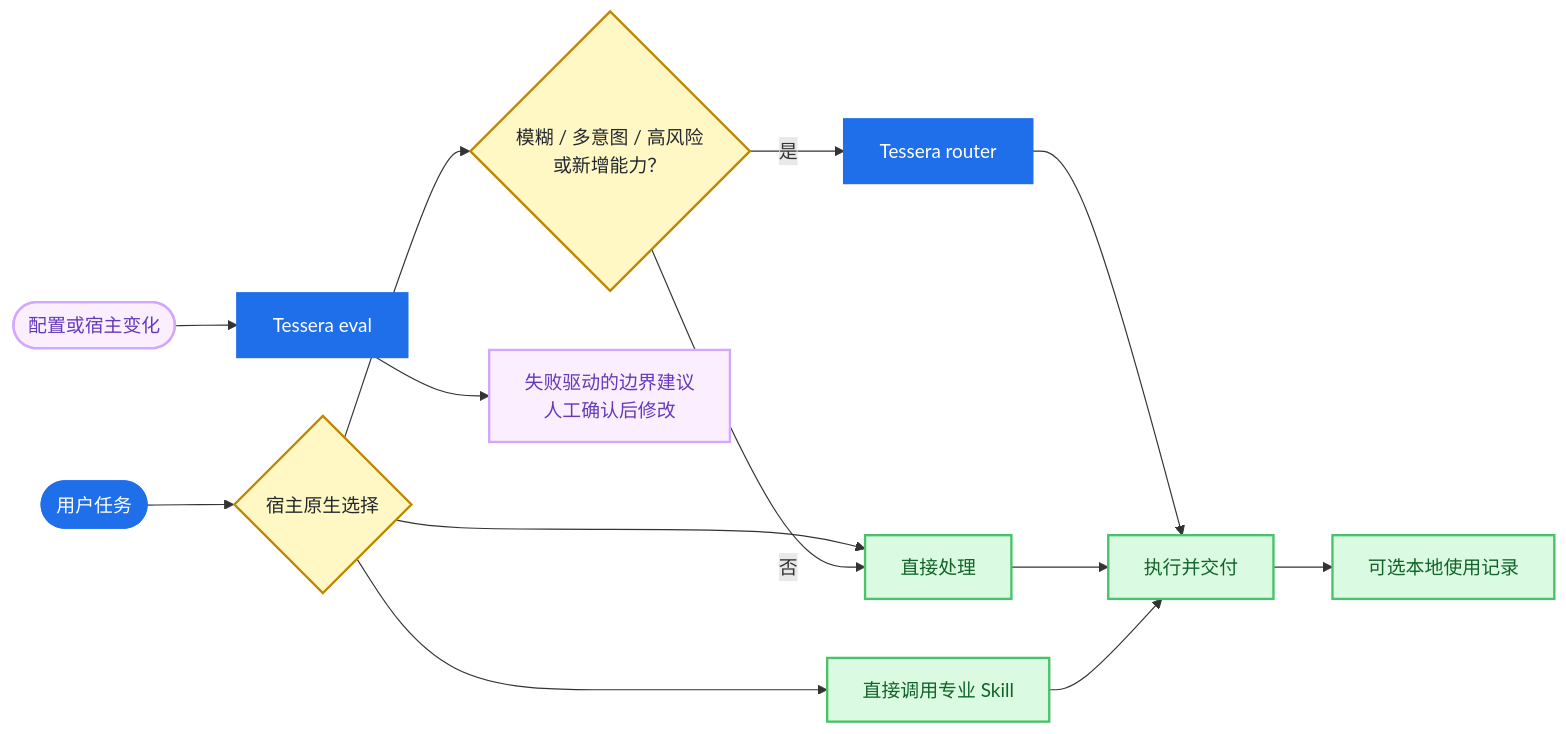
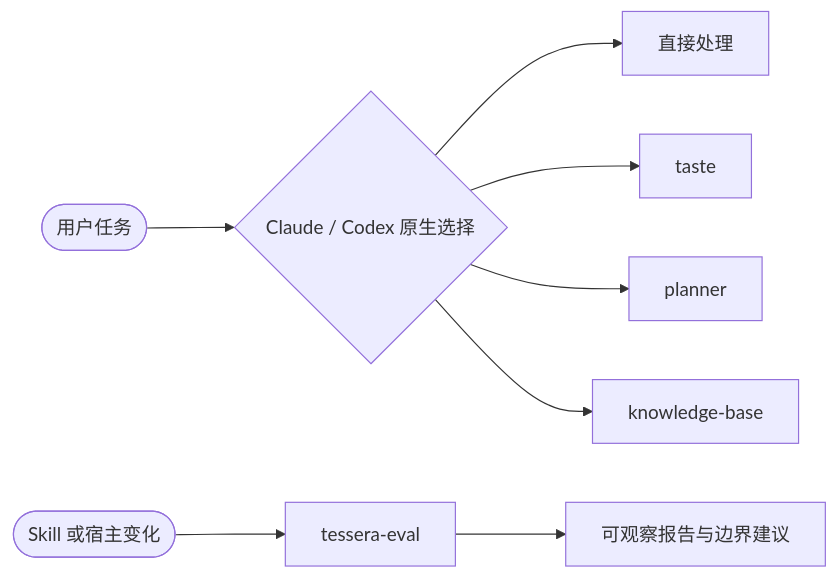
The diagram in README.md (gloamere/Tessera), drawn with Mermaid before and after one commit. The commit also changed other lines of this file and 75 other files, not shown here.

````diff
--- a/README.md
+++ b/README.md
@@ -29,24 +25,10 @@
 ```mermaid
 flowchart LR
-    U([用户任务]) --> H{宿主原生选择}
-    H --> A[直接处理]
-    H --> S[直接调用专业 Skill]
-    H --> X{模糊 / 多意图 / 高风险<br/>或新增能力？}
-    X -- 是 --> R[Tessera router]
-    X -- 否 --> A
-    R --> O[执行并交付]
-    A --> O
-    S --> O
-    O --> L[可选本地使用记录]
-    C([配置或宿主变化]) --> E[Tessera eval]
-    E --> T[失败驱动的边界建议<br/>人工确认后修改]
-
-    classDef entry fill:#1f6feb,color:#fff,stroke:#1f6feb,stroke-width:2px;
-    classDef decision fill:#fff8c5,color:#24292f,stroke:#bf8700,stroke-width:2px;
-    classDef action fill:#dafbe1,color:#116329,stroke:#4ac26b,stroke-width:2px;
-    classDef guard fill:#fbefff,color:#6639ba,stroke:#d2a8ff,stroke-width:2px;
-    class U,R,E entry;
-    class H,X decision;
-    class A,S,O,L action;
-    class C,T guard;
+    U([用户任务]) --> H{Claude / Codex 原生选择}
+    H --> D[直接处理]
+    H --> T[taste]
+    H --> P[planner]
+    H --> K[knowledge-base]
+    C([Skill 或宿主变化]) --> E[tessera-eval]
+    E --> R[可观察报告与边界建议]
 ```
````
